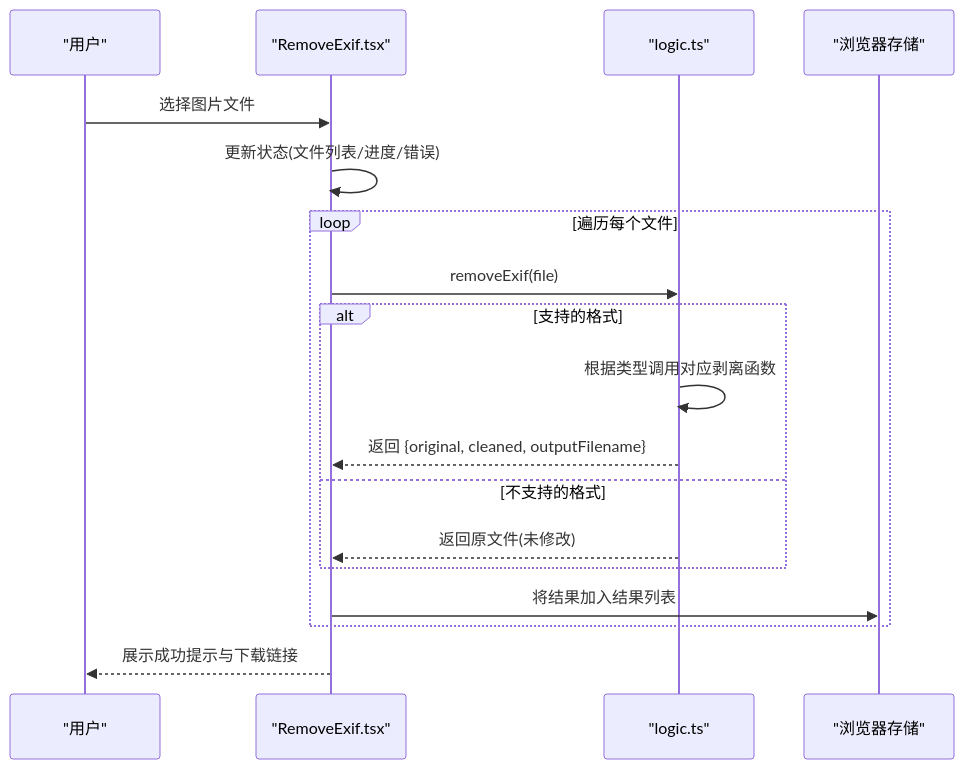
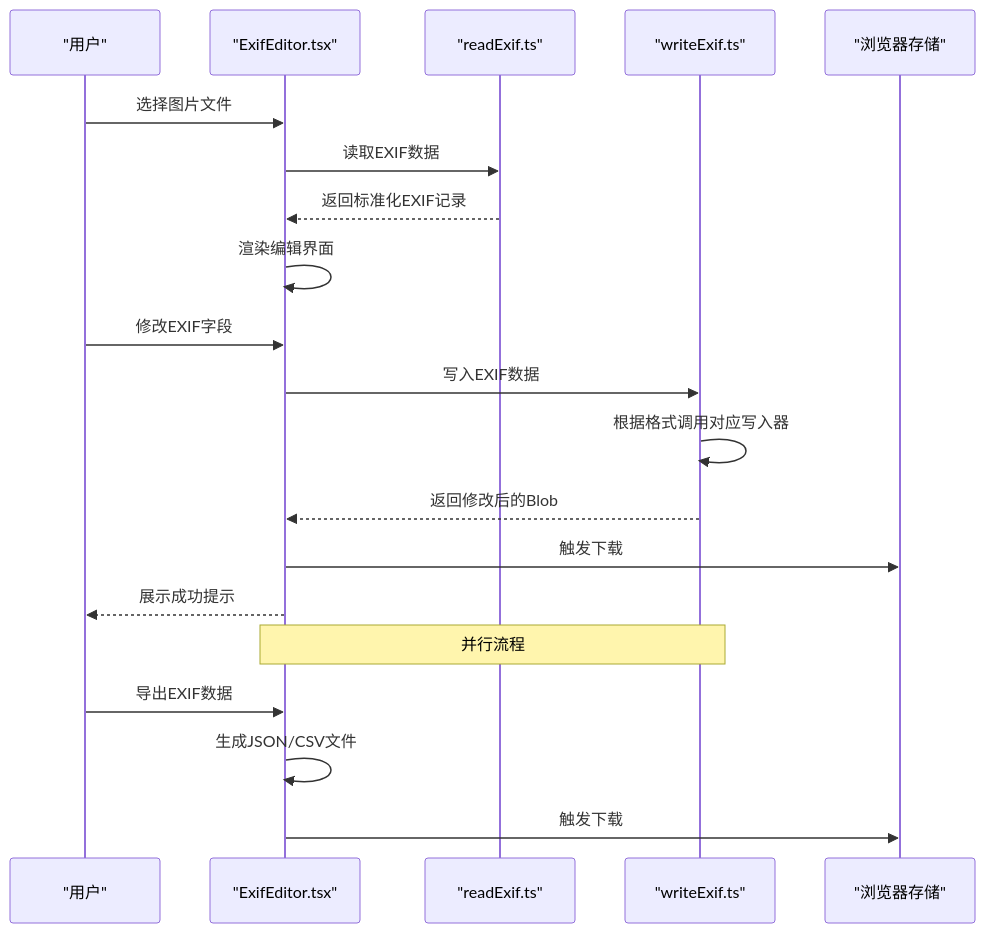
The second of 6 diagrams in .qoder/repowiki/zh/content/图像工具/EXIF管理.md (sgyy/privadeck), drawn with Mermaid before and after one commit. The commit also changed other lines of this file and 3 other files, not shown here.

First line of the commit message:
feat(exif-editor): 新增完整EXIF编辑器功能及多语言支持

````diff
--- a/.qoder/repowiki/zh/content/图像工具/EXIF管理.md
+++ b/.qoder/repowiki/zh/content/图像工具/EXIF管理.md
@@ -101,20 +169,22 @@
 ```mermaid
 sequenceDiagram
 participant U as "用户"
-participant UI as "RemoveExif.tsx"
-participant LG as "logic.ts"
+participant EE as "ExifEditor.tsx"
+participant LG as "readExif.ts"
+participant WE as "writeExif.ts"
 participant FS as "浏览器存储"
-U->>UI : 选择图片文件
-UI->>UI : 更新状态(文件列表/进度/错误)
-loop 遍历每个文件
-UI->>LG : removeExif(file)
-alt 支持的格式
-LG->>LG : 根据类型调用对应剥离函数
-LG-->>UI : 返回 {original, cleaned, outputFilename}
-else 不支持的格式
-LG-->>UI : 返回原文件(未修改)
-end
-UI->>FS : 将结果加入结果列表
-end
-UI-->>U : 展示成功提示与下载链接
+U->>EE : 选择图片文件
+EE->>LG : 读取EXIF数据
+LG-->>EE : 返回标准化EXIF记录
+EE->>EE : 渲染编辑界面
+U->>EE : 修改EXIF字段
+EE->>WE : 写入EXIF数据
+WE->>WE : 根据格式调用对应写入器
+WE-->>EE : 返回修改后的Blob
+EE->>FS : 触发下载
+EE-->>U : 展示成功提示
+Note over EE,WE : 并行流程
+U->>EE : 导出EXIF数据
+EE->>EE : 生成JSON/CSV文件
+EE->>FS : 触发下载
 ```
````
